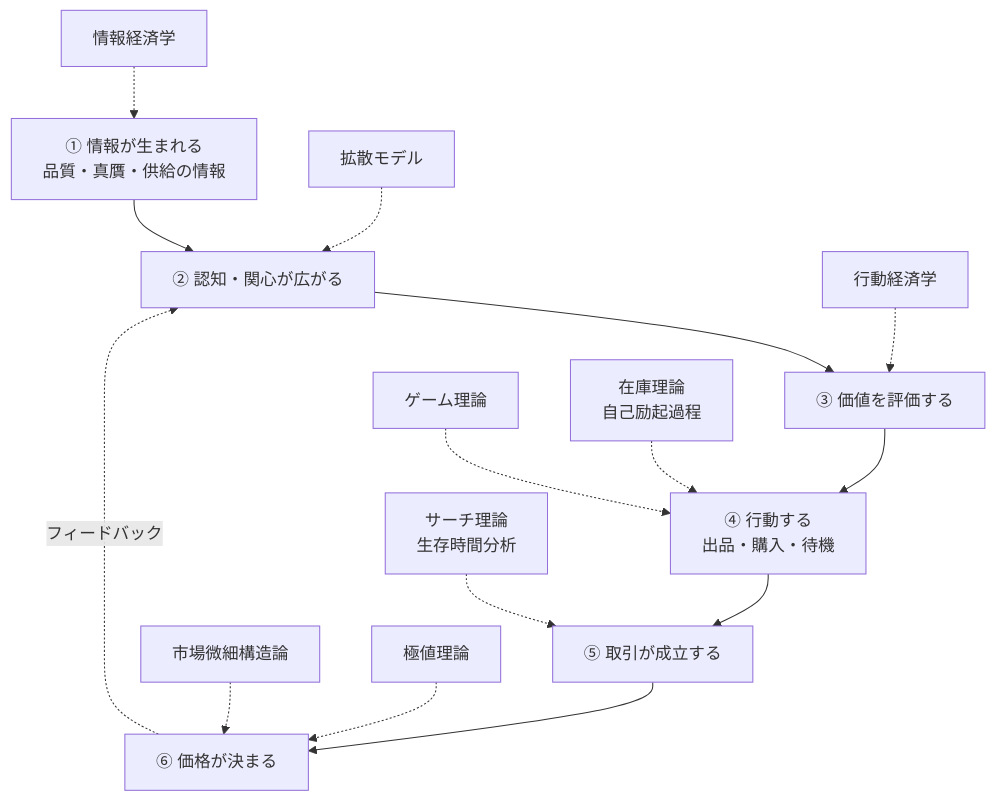
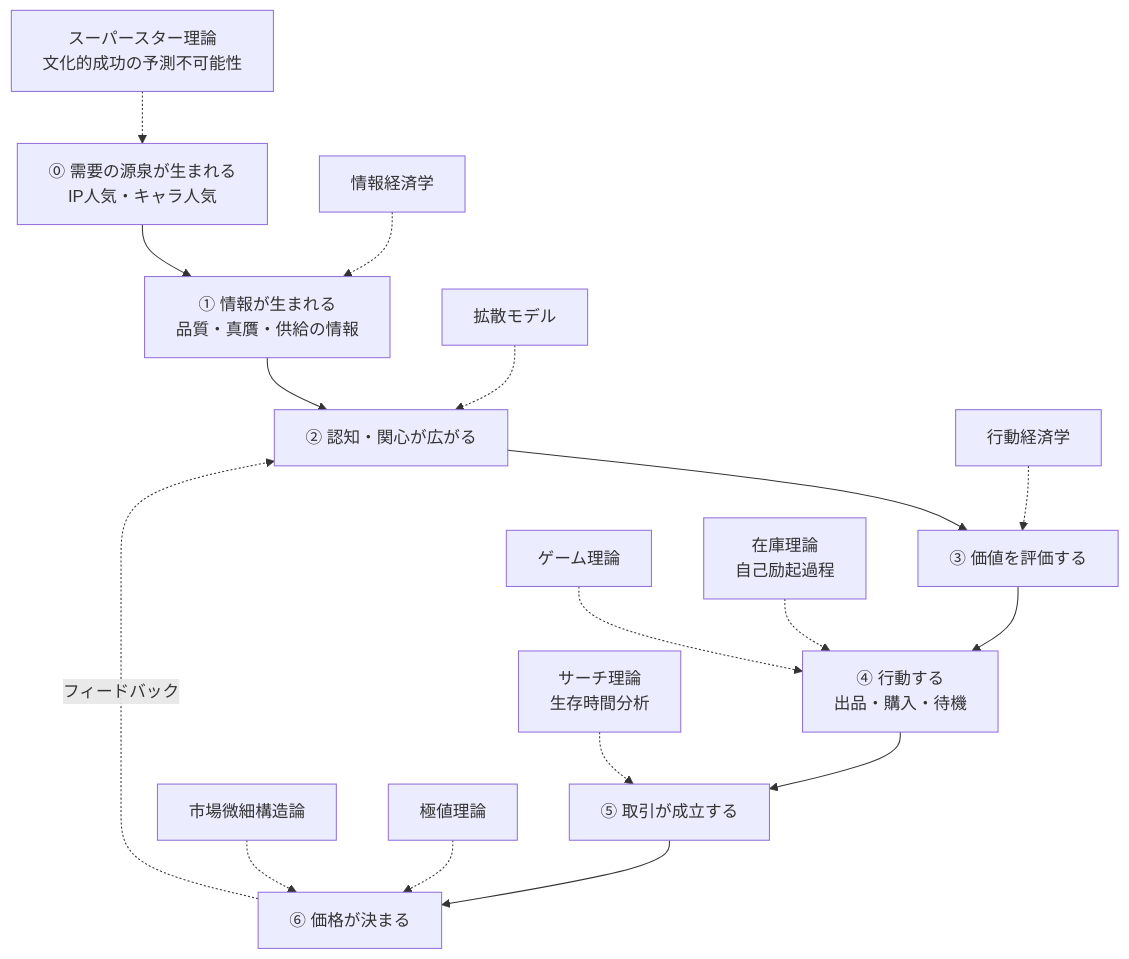
The second of 6 diagrams in docs/data-science/hypothesis_generating_frameworks.md (mgmaru/ml-model-tuning-sandbox), drawn with Mermaid before and after one commit. The commit also changed other lines of this file and 3 other files, not shown here.

````diff
--- a/docs/data-science/hypothesis_generating_frameworks.md
+++ b/docs/data-science/hypothesis_generating_frameworks.md
@@ -110,18 +116,20 @@
 ```mermaid
 flowchart TD
-    A["① 情報が生まれる<br>品質・真贋・供給の情報"] --> B["② 認知・関心が広がる"]
+    Z["⓪ 需要の源泉が生まれる<br>IP人気・キャラ人気"] --> A["① 情報が生まれる<br>品質・真贋・供給の情報"]
+    A --> B["② 認知・関心が広がる"]
     B --> C["③ 価値を評価する"]
     C --> D["④ 行動する<br>出品・購入・待機"]
     D --> E["⑤ 取引が成立する"]
     E --> F["⑥ 価格が決まる"]
     F -.->|フィードバック| B
 
+    Z1["スーパースター理論<br>文化的成功の予測不可能性"] -.-> Z
     A1["情報経済学"] -.-> A
     B1["拡散モデル"] -.-> B
     C1["行動経済学"] -.-> C
     D1["ゲーム理論"] -.-> D
     D2["在庫理論<br>自己励起過程"] -.-> D
     E1["サーチ理論<br>生存時間分析"] -.-> E
     F1["市場微細構造論"] -.-> F
     F2["極値理論"] -.-> F
 ```
````
